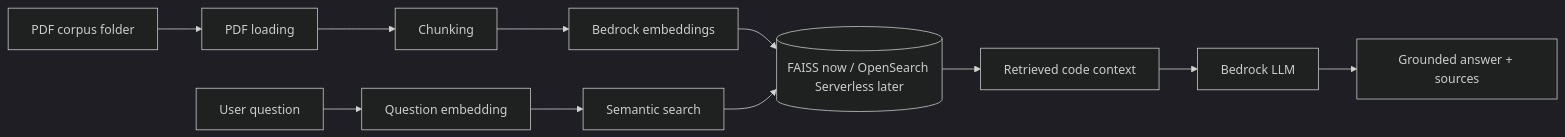
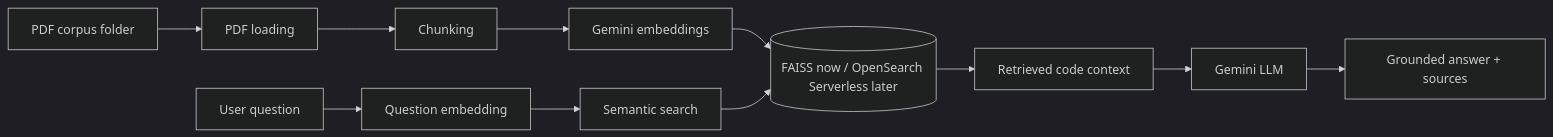
The diagram in langchain-backend/README.md (gnlyrad/fyp-ai), drawn with Mermaid (dark theme) before and after one commit. The commit also changed other lines of this file and 33 other files, not shown here.

````diff
--- a/langchain-backend/README.md
+++ b/langchain-backend/README.md
@@ -16,13 +16,13 @@
 ```mermaid
 flowchart LR
   PDFs[PDF corpus folder] --> Load[PDF loading]
   Load --> Chunk[Chunking]
-  Chunk --> Embed[Bedrock embeddings]
+  Chunk --> Embed[Gemini embeddings]
   Embed --> Store[(FAISS now / OpenSearch Serverless later)]
   Ask[User question] --> QEmbed[Question embedding]
   QEmbed --> Search[Semantic search]
   Search --> Store
   Store --> Context[Retrieved code context]
-  Context --> Bedrock[Bedrock LLM]
-  Bedrock --> Answer[Grounded answer + sources]
+  Context --> Gemini[Gemini LLM]
+  Gemini --> Answer[Grounded answer + sources]
 ```
````
